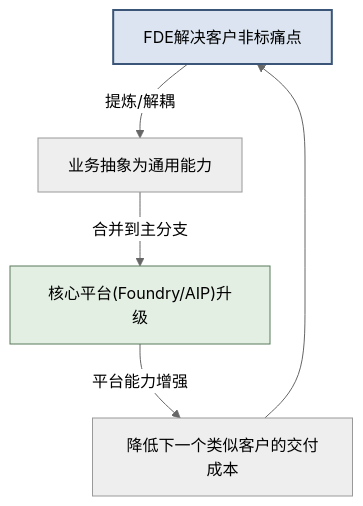
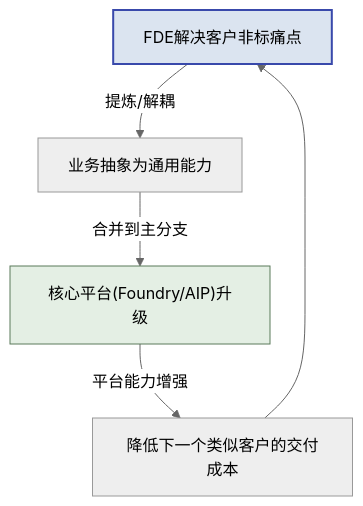
Before and after one commit to cloudzun/fde-course: the second of 3 diagrams in textbook/第02章_为什么需要FDE.md, drawn with Mermaid (neutral theme). The commit also changed other lines of this file and 12 other files, not shown here.

Commit message:
style: 全库21张mermaid图规范化——节点ID语义化+品牌色统一+补齐图注，第11章新增反馈环路图

````diff
--- a/textbook/第02章_为什么需要FDE.md
+++ b/textbook/第02章_为什么需要FDE.md
@@ -135,10 +136,10 @@
 ```mermaid
 graph TD
-    A["FDE解决客户非标痛点"] -->|提炼/解耦| B["业务抽象为通用能力"]
-    B -->|合并到主分支| C["核心平台(Foundry/AIP)升级"]
-    C -->|平台能力增强| D["降低下一个类似客户的交付成本"]
-    D --> A
+    solve["FDE解决客户非标痛点"] -->|提炼/解耦| abstract["业务抽象为通用能力"]
+    abstract -->|合并到主分支| platform["核心平台(Foundry/AIP)升级"]
+    platform -->|平台能力增强| reduce["降低下一个类似客户的交付成本"]
+    reduce --> solve
 
-    style A fill:#dbe4f0,stroke:#3a5578,stroke-width:2px
-    style C fill:#e4efe4,stroke:#5b7a5b
+    style solve fill:#dbe4f0,stroke:#3949ab,stroke-width:2px
+    style platform fill:#e4efe4,stroke:#5b7a5b
 ```
````
